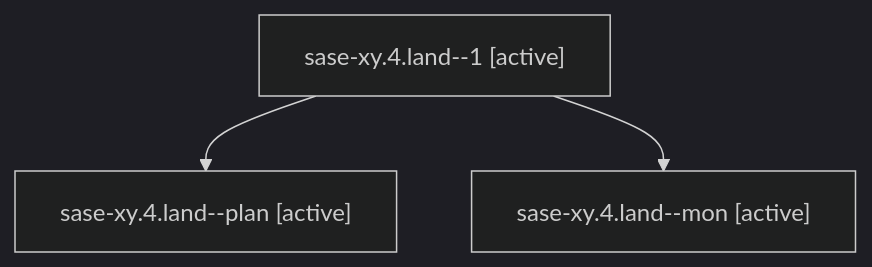
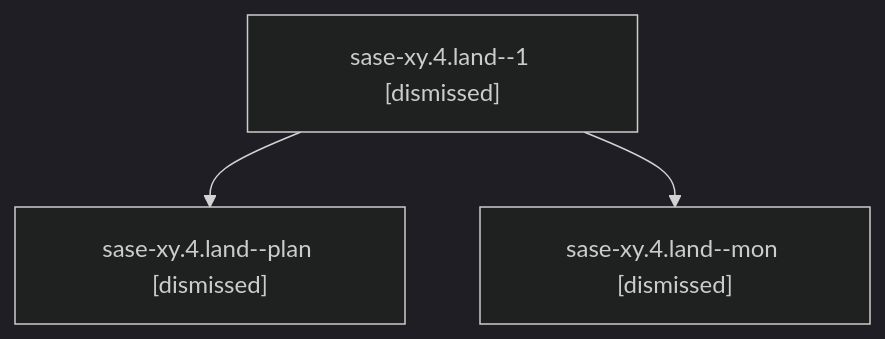
One commit to sase-org/sase--agents changed the diagram in sessions/bbugyi200.athena.sase-xy.4.land.md. Above: the diagram before and after it, drawn with Mermaid (dark theme). The commit also changed other lines of this file and 206 other files, not shown here.

````diff
--- a/sessions/bbugyi200.athena.sase-xy.4.land.md
+++ b/sessions/bbugyi200.athena.sase-xy.4.land.md
@@ -9,8 +9,8 @@
 ```mermaid
 flowchart TD
-  n0["sase-xy.4.land--1 [active]"]
-  n1["sase-xy.4.land--plan [active]"]
+  n0["sase-xy.4.land--1 [dismissed]"]
+  n1["sase-xy.4.land--plan [dismissed]"]
   n0 --> n1
-  n2["sase-xy.4.land--mon [active]"]
+  n2["sase-xy.4.land--mon [dismissed]"]
   n0 --> n2
 ```
````
